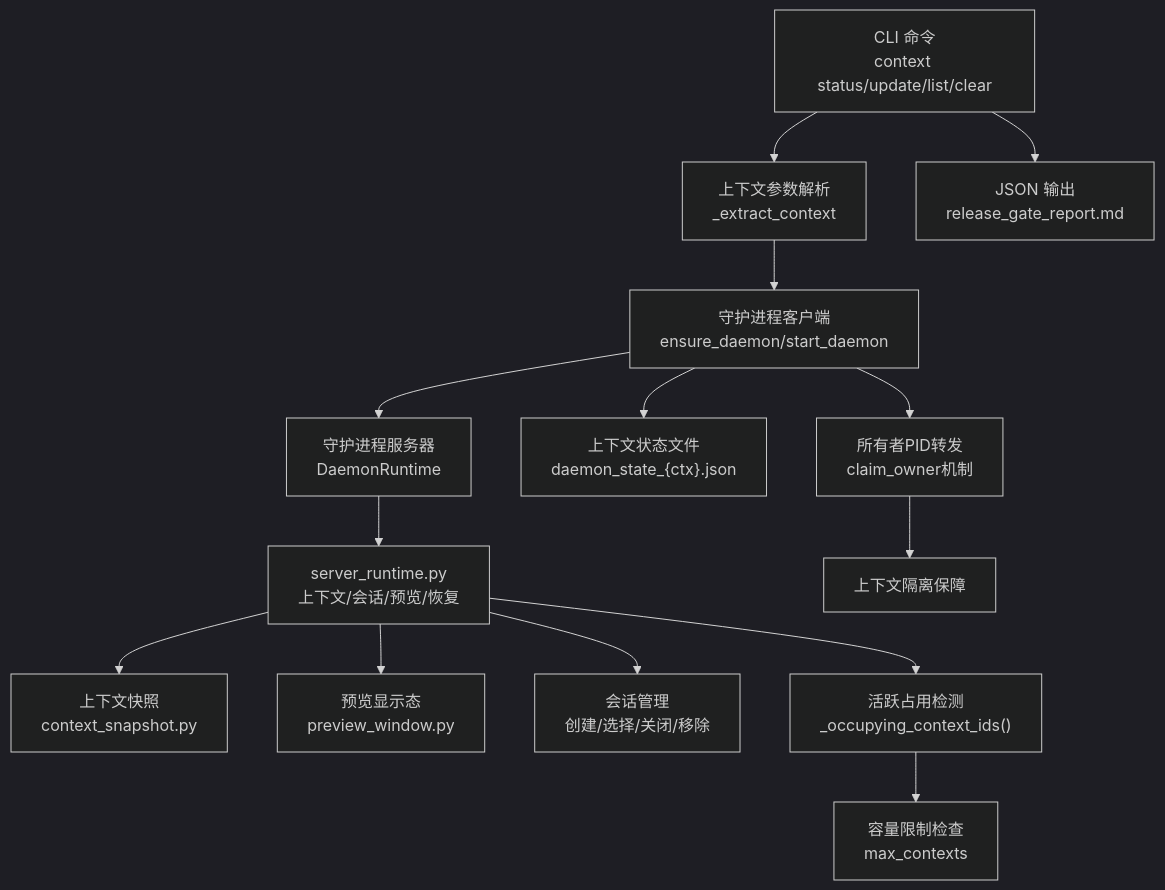
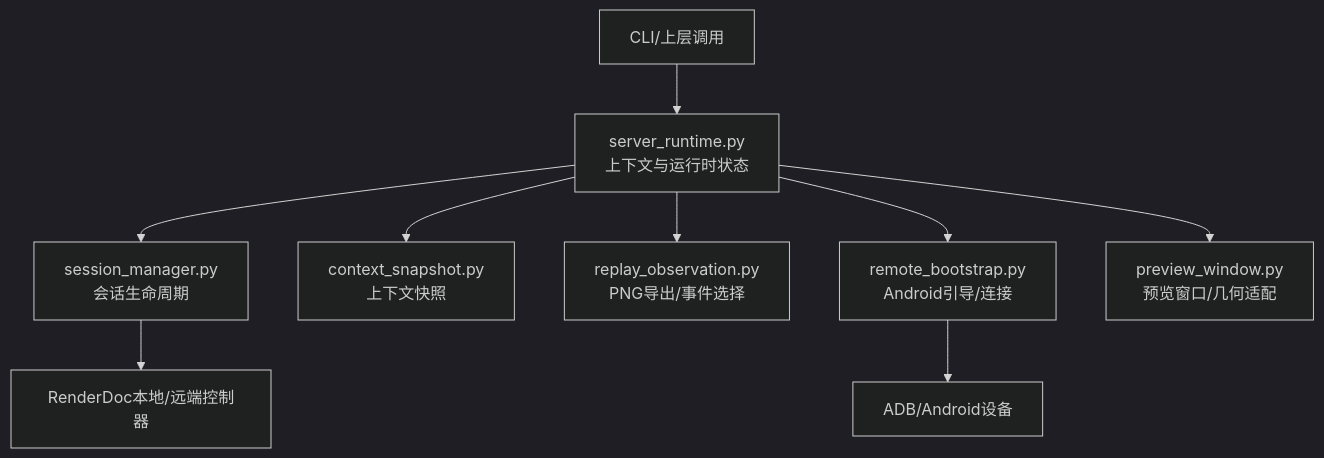
The first of 9 diagrams in .qoder/repowiki/zh/content/核心概念/会话模型.md (haolange/RDC-Tool), drawn with Mermaid (dark theme) before and after one commit. The commit also changed other lines of this file and 234 other files, not shown here.

````diff
--- a/.qoder/repowiki/zh/content/核心概念/会话模型.md
+++ b/.qoder/repowiki/zh/content/核心概念/会话模型.md
@@ -129,16 +51,11 @@
 ```mermaid
 graph TB
-CLI["CLI 命令<br/>context status/update/list/clear"] --> PARSE["上下文参数解析<br/>_extract_context"]
-PARSE --> DC["守护进程客户端<br/>ensure_daemon/start_daemon"]
-DC --> DS["守护进程服务器<br/>DaemonRuntime"]
-DS --> SR["server_runtime.py<br/>上下文/会话/预览/恢复"]
-SR --> SNAP["上下文快照<br/>context_snapshot.py"]
-SR --> PREV["预览显示态<br/>preview_window.py"]
-SR --> SESS["会话管理<br/>创建/选择/关闭/移除"]
-CLI --> OUT["JSON 输出<br/>release_gate_report.md"]
-DC --> STATE["上下文状态文件<br/>daemon_state_{ctx}.json"]
-SR --> OCCUPANCY["活跃占用检测<br/>_occupying_context_ids()"]
-OCCUPANCY --> LIMITS["容量限制检查<br/>max_contexts"]
-DC --> OWNER["所有者PID转发<br/>claim_owner机制"]
-OWNER --> ISOLATION["上下文隔离保障"]
+A["CLI/上层调用"] --> B["server_runtime.py<br/>上下文与运行时状态"]
+B --> C["session_manager.py<br/>会话生命周期"]
+B --> D["context_snapshot.py<br/>上下文快照"]
+B --> E["replay_observation.py<br/>PNG导出/事件选择"]
+B --> F["remote_bootstrap.py<br/>Android引导/连接"]
+B --> G["preview_window.py<br/>预览窗口/几何适配"]
+C --> H["RenderDoc本地/远端控制器"]
+F --> I["ADB/Android设备"]
 ```
````
